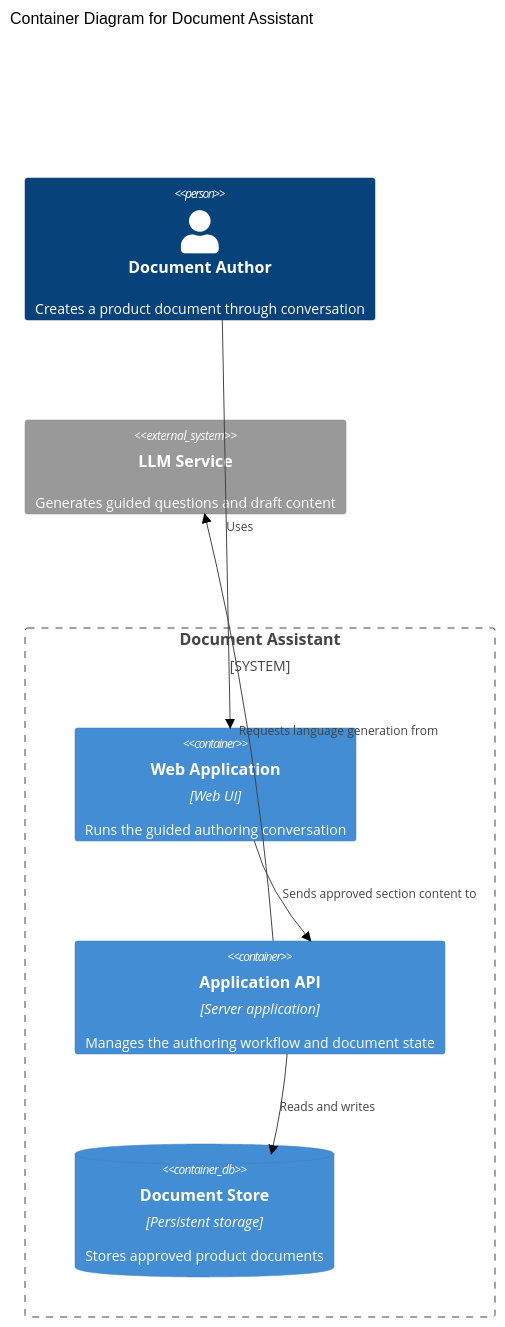
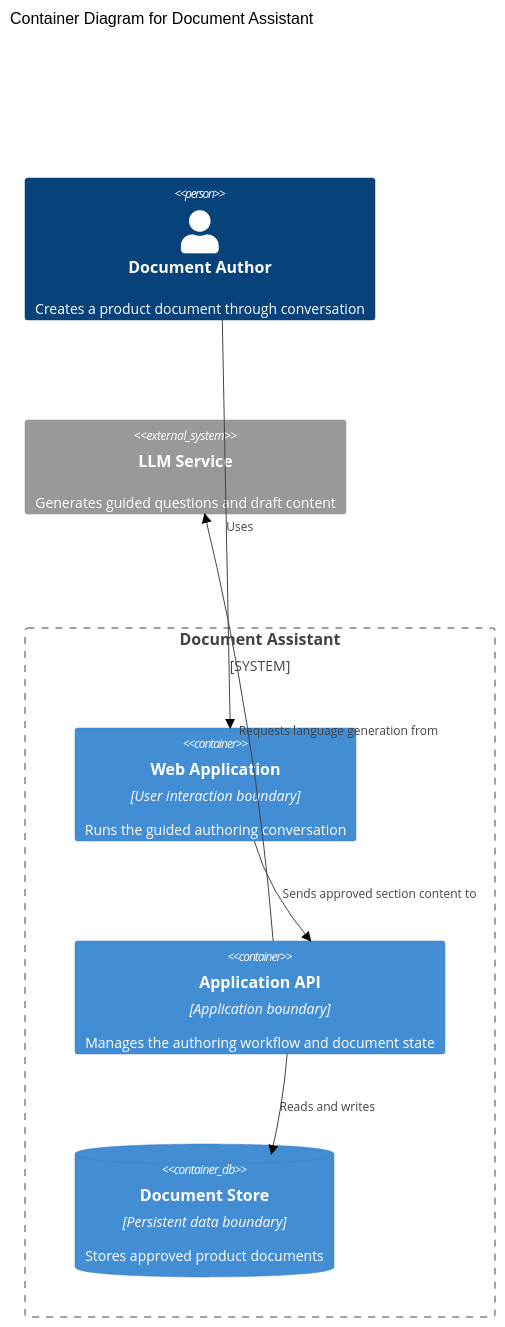
One commit to haandol/alps-writer-mcp changed the second of 2 diagrams in plugins/alps-writer/src/guides/04.md. Above: the diagram before and after it, drawn with Mermaid (neutral theme). The commit also changed other lines of this file and 55 other files, not shown here.

````diff
--- a/plugins/alps-writer/src/guides/04.md
+++ b/plugins/alps-writer/src/guides/04.md
@@ -64,18 +65,18 @@
 ```mermaid
 C4Container
 title Container Diagram for Document Assistant
 
 Person(author, "Document Author", "Creates a product document through conversation")
 System_Ext(llm, "LLM Service", "Generates guided questions and draft content")
 
 System_Boundary(documentAssistant, "Document Assistant") {
-    Container(webApp, "Web Application", "Web UI", "Runs the guided authoring conversation")
-    Container(api, "Application API", "Server application", "Manages the authoring workflow and document state")
-    ContainerDb(documentStore, "Document Store", "Persistent storage", "Stores approved product documents")
+    Container(webApp, "Web Application", "User interaction boundary", "Runs the guided authoring conversation")
+    Container(api, "Application API", "Application boundary", "Manages the authoring workflow and document state")
+    ContainerDb(documentStore, "Document Store", "Persistent data boundary", "Stores approved product documents")
 }
 
 Rel(author, webApp, "Uses")
 Rel(webApp, api, "Sends approved section content to")
 Rel(api, documentStore, "Reads and writes")
 Rel(api, llm, "Requests language generation from")
 ```
````
